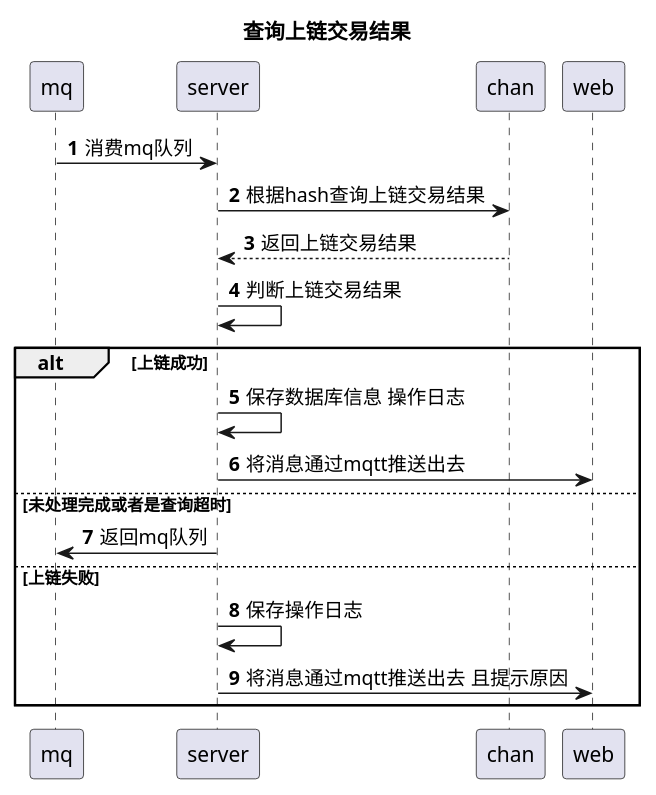
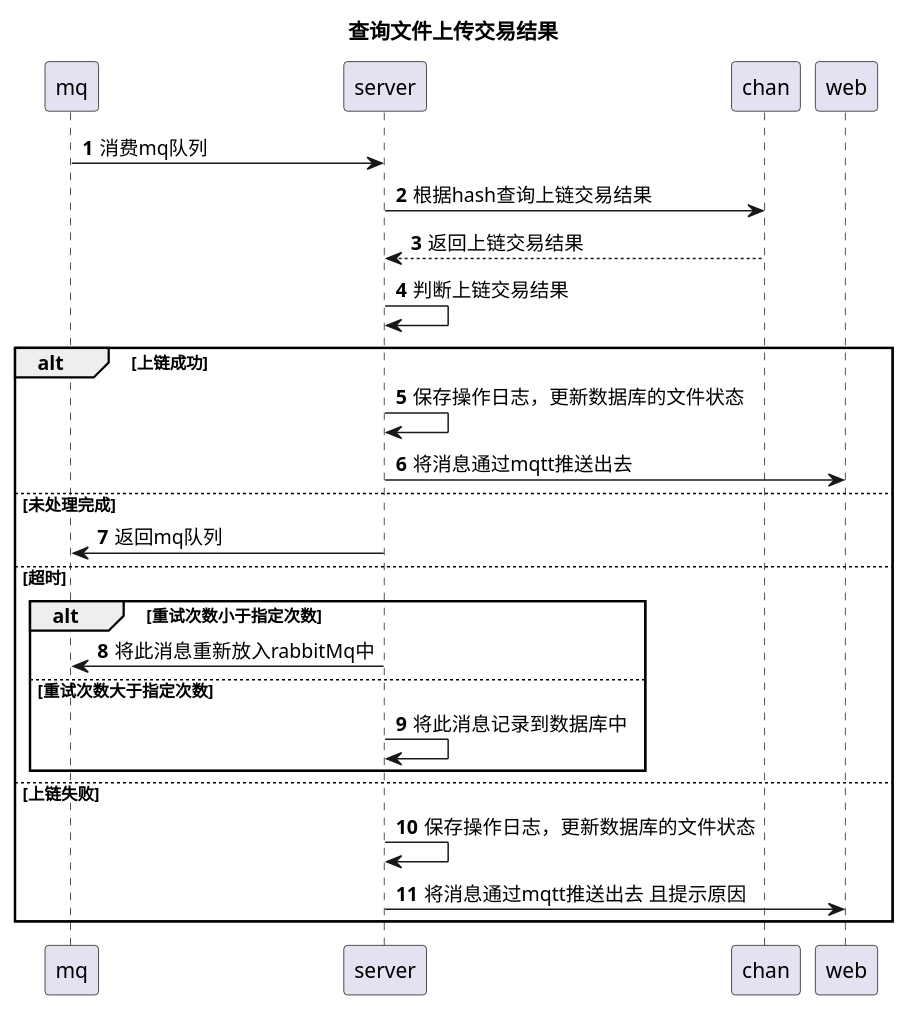
One commit to 13589080127/zc-design changed the diagram in doc/旷肽链文件授权/查询上链交易结果.puml. Above: the diagram before and after it, drawn with PlantUML. The commit also changed 9 other files, not shown here.

Commit message:
增加uml 图

```diff
--- a/doc/旷肽链文件授权/查询上链交易结果.puml
+++ b/doc/旷肽链文件授权/查询上链交易结果.puml
@@ -1,17 +1,23 @@
 @startuml
-title:查询上链交易结果
+title:查询文件上传交易结果
 autonumber
 mq->server:消费mq队列
 server->chan:根据hash查询上链交易结果
 chan-->server:返回上链交易结果
 server->server:判断上链交易结果
 alt 上链成功
-server->server:保存数据库信息 操作日志
+server->server:保存操作日志，更新数据库的文件状态
 server->web:将消息通过mqtt推送出去
-else 未处理完成或者是查询超时
+else 未处理完成
 server->mq:返回mq队列
+else 超时
+alt 重试次数小于指定次数
+server->mq:将此消息重新放入rabbitMq中
+else 重试次数大于指定次数
+server->server: 将此消息记录到数据库中
+end
 else 上链失败
-server->server:保存操作日志
+server->server:保存操作日志，更新数据库的文件状态
 server->web:将消息通过mqtt推送出去 且提示原因
 end
 @enduml
```
